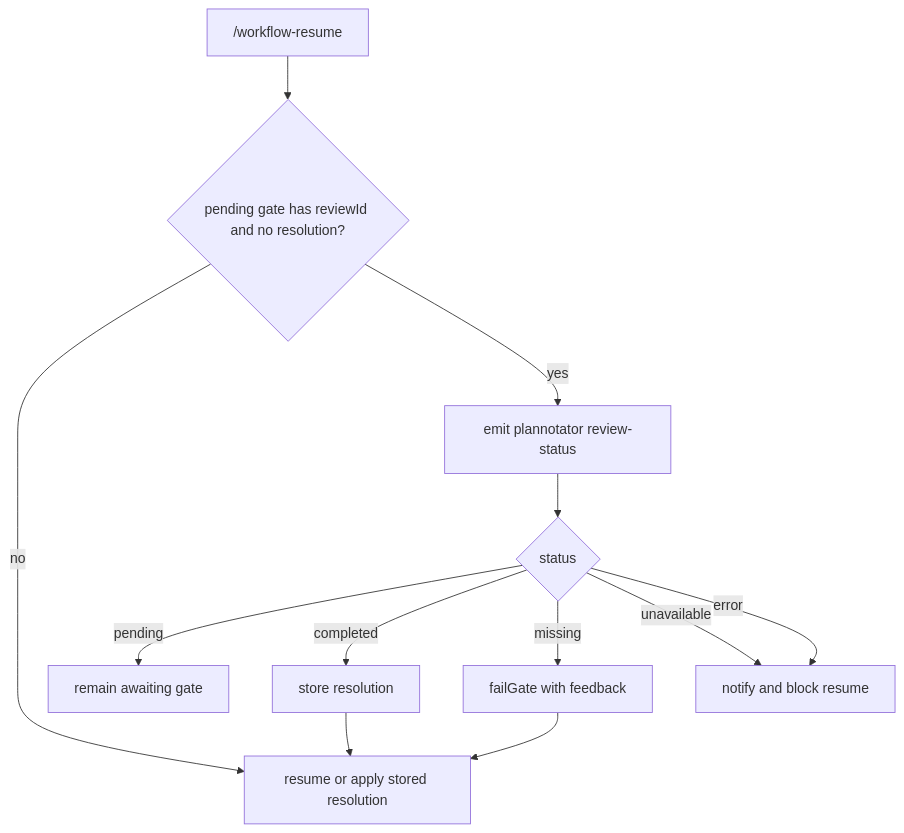
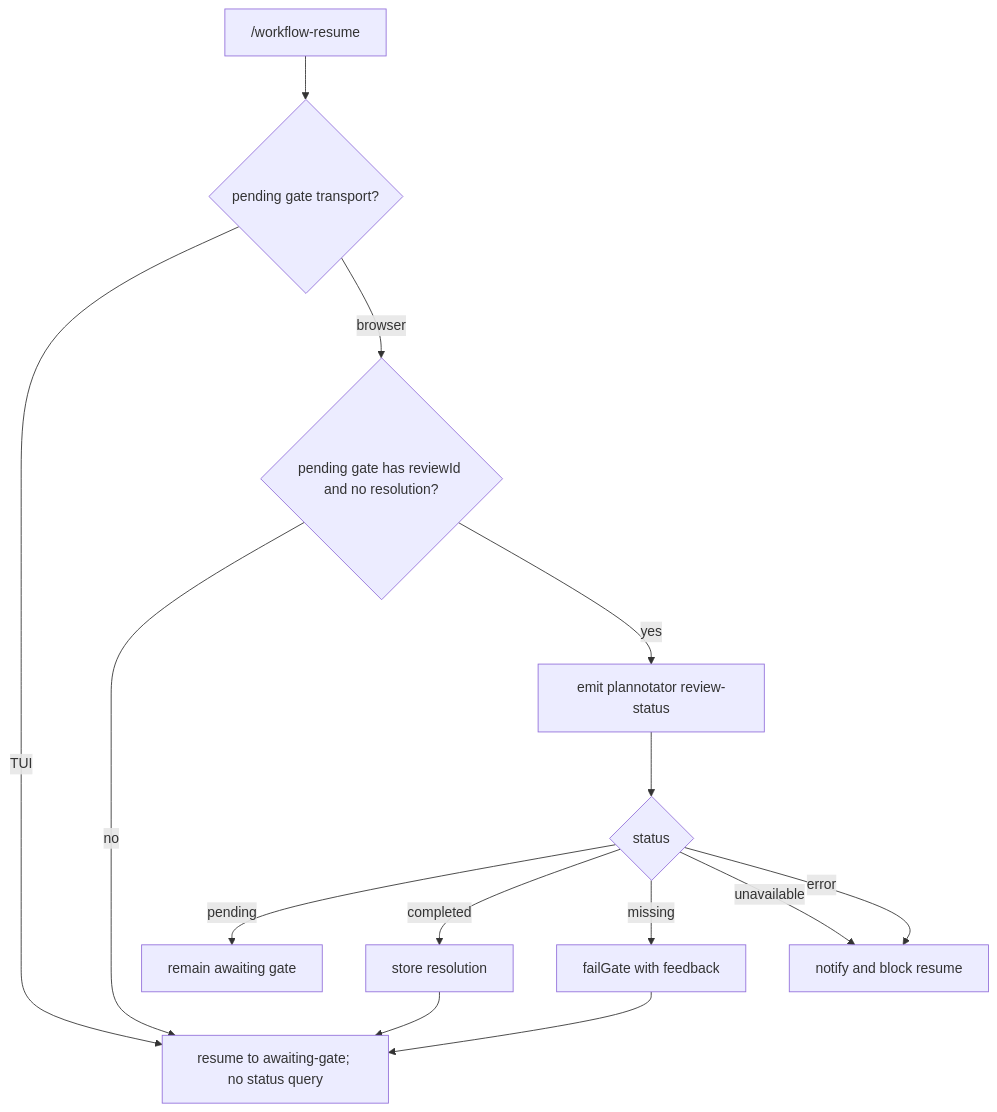
One commit to wichayutdew/pi-workflows changed the fifth of 6 diagrams in openwiki/integrations/plannotator.md. Above: the diagram before and after it, drawn with Mermaid. The commit also changed other lines of this file and 12 other files, not shown here.

````diff
--- a/openwiki/integrations/plannotator.md
+++ b/openwiki/integrations/plannotator.md
@@ -84,14 +91,16 @@
 ```mermaid
 flowchart TD
-  Resume["/workflow-resume"] --> Pending{pending gate has reviewId and no resolution?}
-  Pending -- no --> Apply[resume or apply stored resolution]
+  Resume["/workflow-resume"] --> Transport{pending gate transport?}
+  Transport -- TUI --> Apply[resume to awaiting-gate; no status query]
+  Transport -- browser --> Pending{pending gate has reviewId and no resolution?}
+  Pending -- no --> Apply
   Pending -- yes --> Status[emit plannotator review-status]
   Status --> Response{status}
   Response -- pending --> Await[remain awaiting gate]
   Response -- completed --> Store[store resolution]
   Response -- missing --> Fail[failGate with feedback]
   Response -- unavailable --> Error[notify and block resume]
   Response -- error --> Error
   Store --> Apply
   Fail --> Apply
 ```
````
